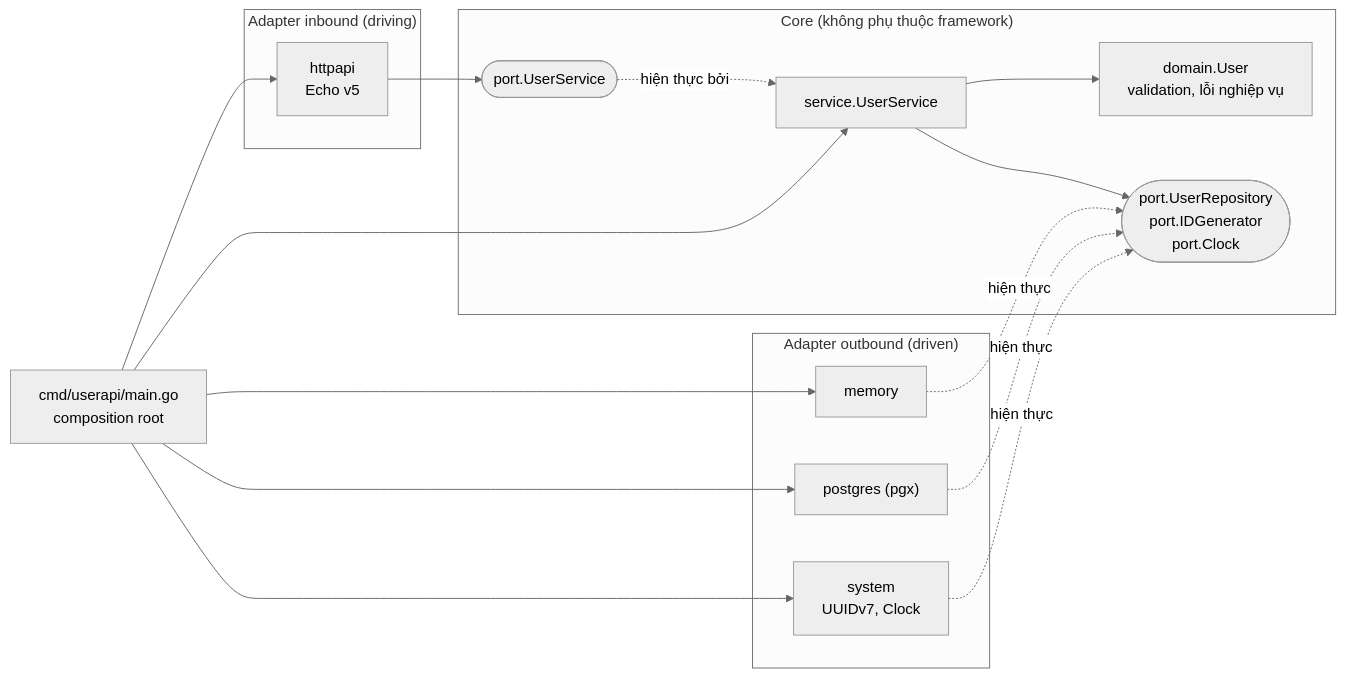
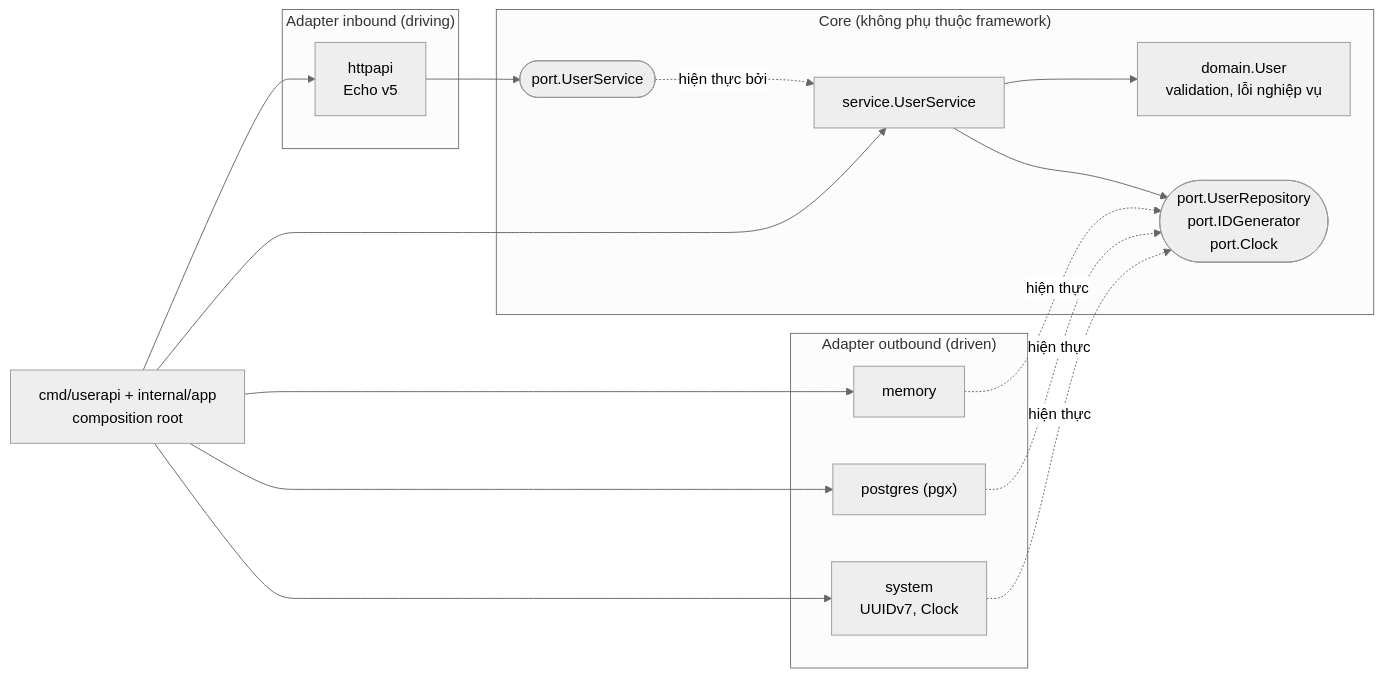
The diagram in README.md (lannguyenit598/go-hexa-template), drawn with Mermaid (neutral theme) before and after one commit. The commit also changed other lines of this file and 6 other files, not shown here.

First line of the commit message:
Extract app lifecycle into internal/app with tests; keep main thin

````diff
--- a/README.md
+++ b/README.md
@@ -41,25 +41,25 @@
 ```mermaid
 flowchart LR
     subgraph Inbound["Adapter inbound (driving)"]
         HTTP["httpapi<br/>Echo v5"]
     end
     subgraph Core["Core (không phụ thuộc framework)"]
         IP(["port.UserService"])
         SVC["service.UserService"]
         DOM["domain.User<br/>validation, lỗi nghiệp vụ"]
         OP(["port.UserRepository<br/>port.IDGenerator<br/>port.Clock"])
     end
     subgraph Outbound["Adapter outbound (driven)"]
         MEM["memory"]
         PG["postgres (pgx)"]
         SYS["system<br/>UUIDv7, Clock"]
     end
     HTTP --> IP
     IP -.hiện thực bởi.-> SVC
     SVC --> DOM
     SVC --> OP
     MEM -.hiện thực.-> OP
     PG -.hiện thực.-> OP
     SYS -.hiện thực.-> OP
-    MAIN["cmd/userapi/main.go<br/>composition root"] --> HTTP & SVC & MEM & PG & SYS
+    MAIN["cmd/userapi + internal/app<br/>composition root"] --> HTTP & SVC & MEM & PG & SYS
 ```
````
